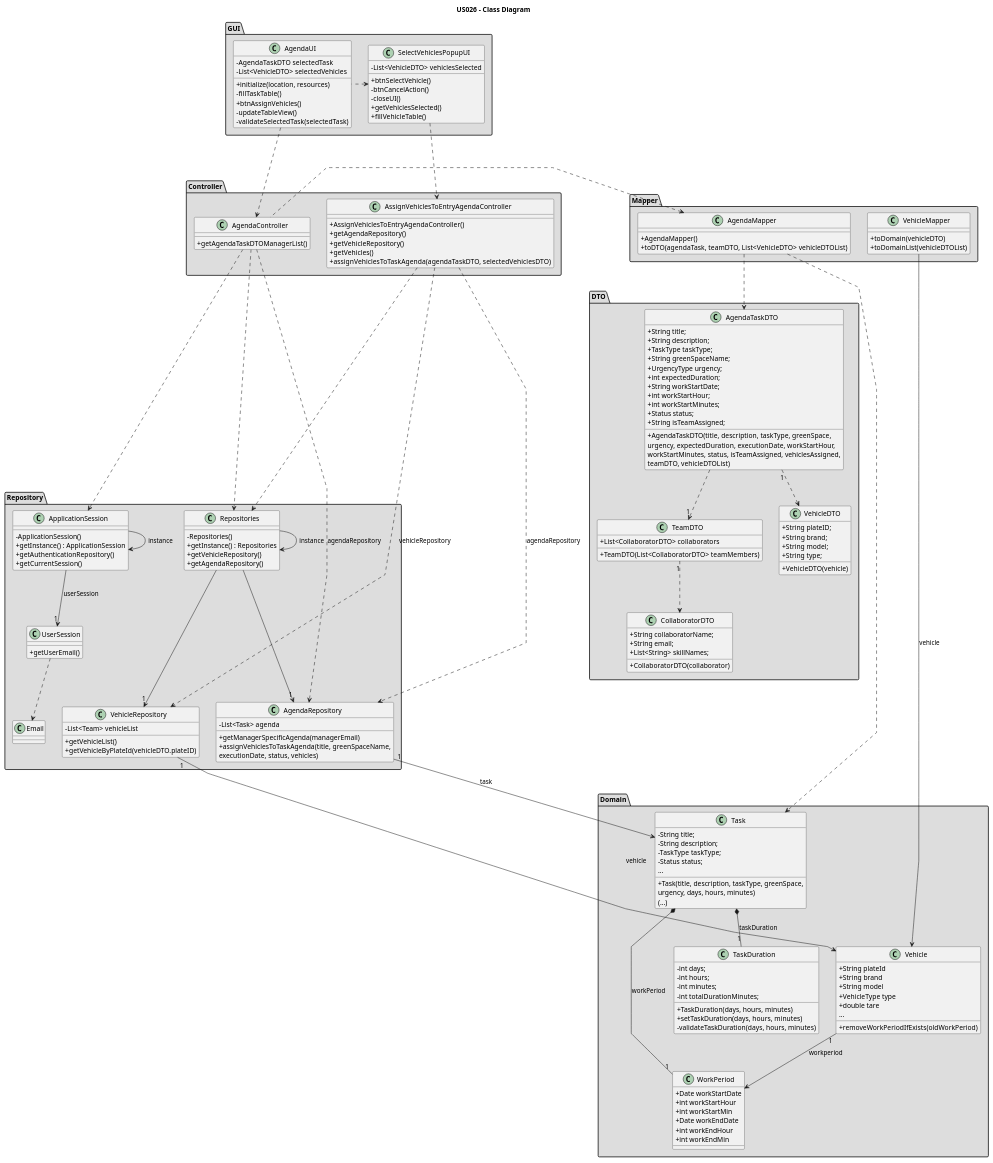
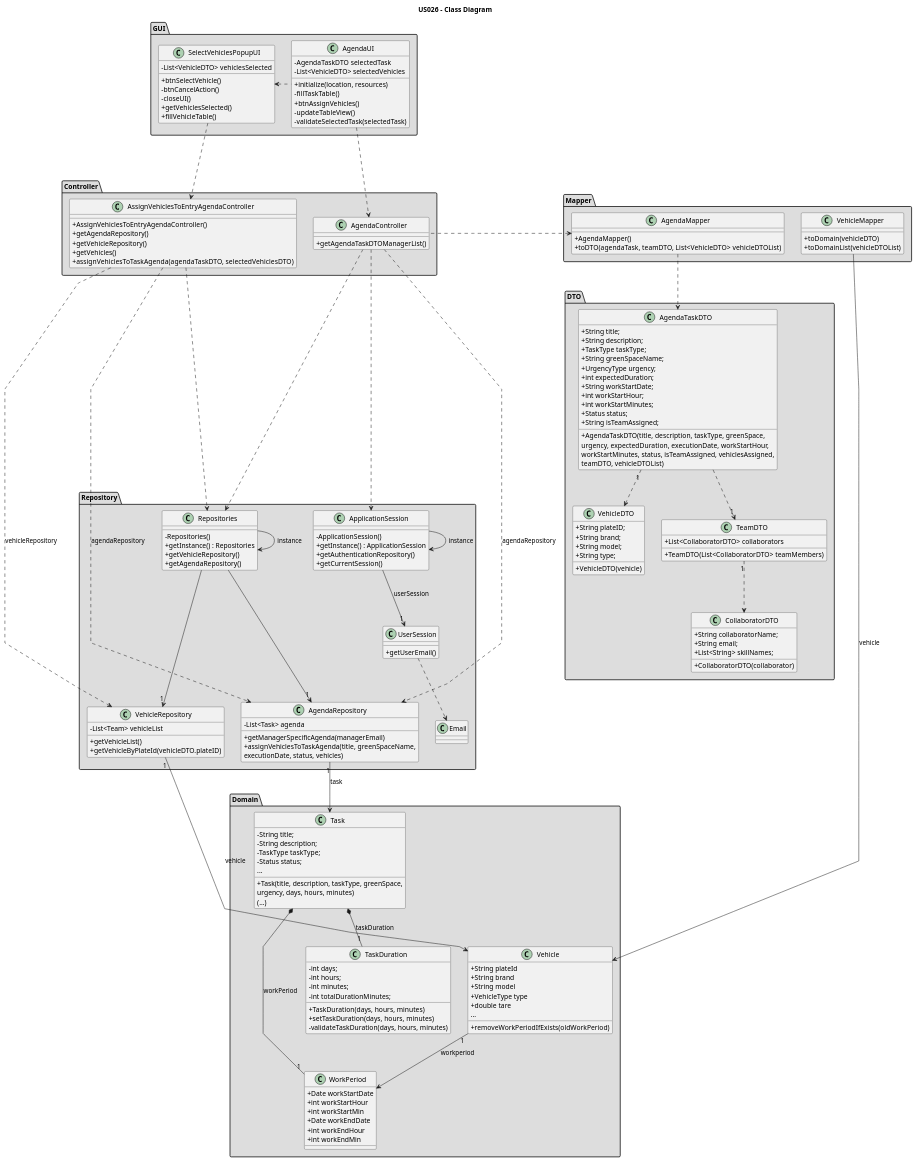
The diagram in docs/sprintC/us026/03.design/puml/us026-class-diagram.puml (Rui-San/LAPR2_2023_2024), drawn with PlantUML before and after one commit. The commit also changed 6 other files, not shown here.

Commit message:
US27: Class diagram finished and minor fix on US026 class diagram

```diff
--- a/docs/sprintC/us026/03.design/puml/us026-class-diagram.puml
+++ b/docs/sprintC/us026/03.design/puml/us026-class-diagram.puml
@@ -222,7 +222,6 @@
 AgendaController ..left> AgendaMapper
 AgendaMapper ..> AgendaTaskDTO
 AgendaTaskDTO ..> "1"TeamDTO
-AgendaMapper ..> Task
 TeamDTO "1" ..> CollaboratorDTO
 AgendaTaskDTO "1" ..> VehicleDTO
 VehicleMapper -> Vehicle : vehicle
```
